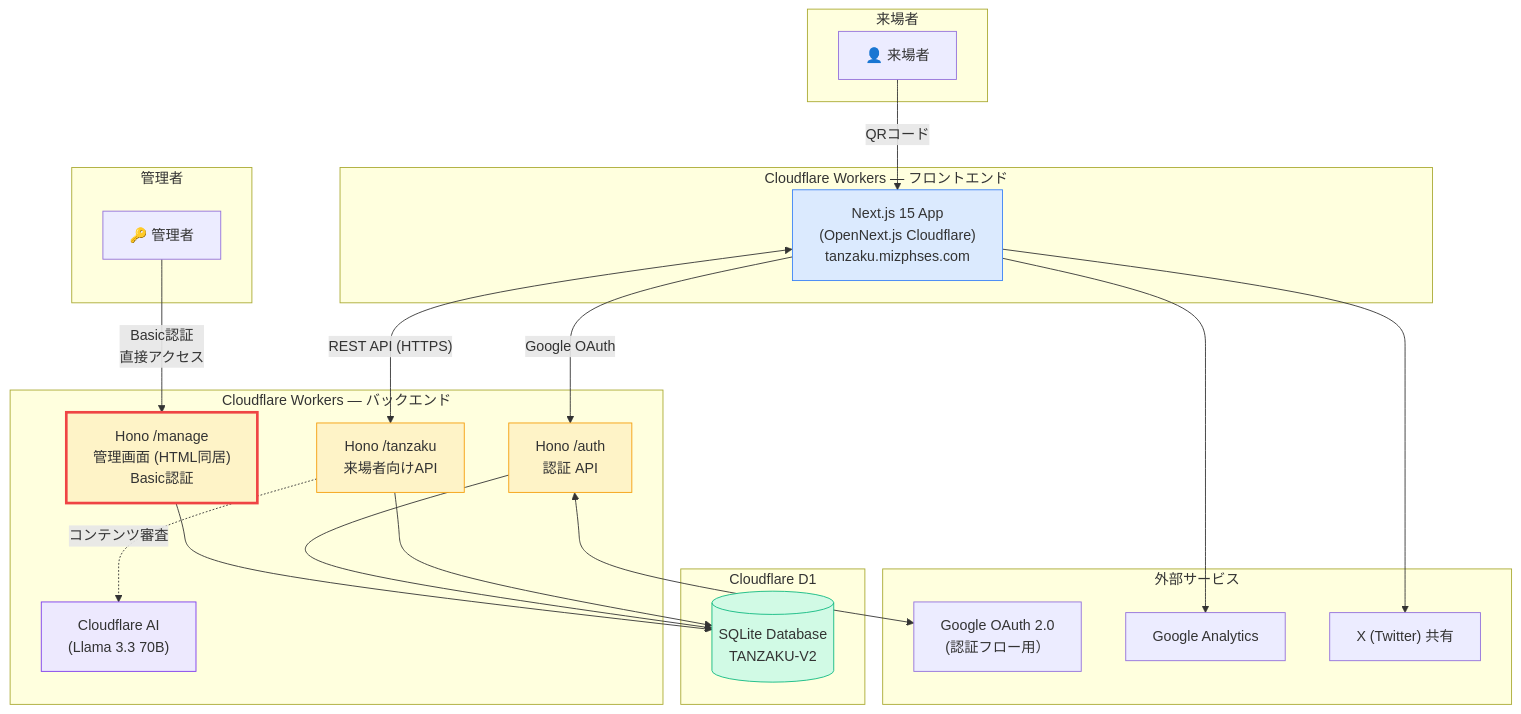
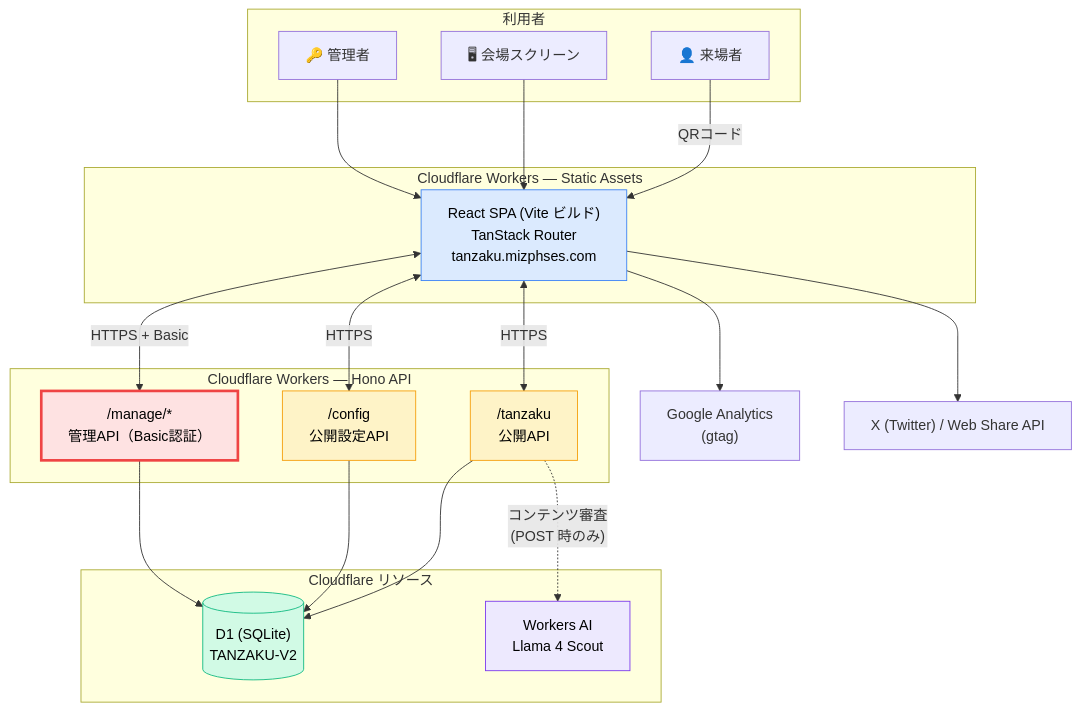
The second of 9 diagrams in docs/system-overview.md (itl-marubu/tanzakuv2), drawn with Mermaid before and after one commit. The commit also changed other lines of this file and 2 other files, not shown here.

````diff
--- a/docs/system-overview.md
+++ b/docs/system-overview.md
@@ -86,51 +118,46 @@
 ```mermaid
 graph TB
-    subgraph Visitor["来場者"]
+    subgraph Users["利用者"]
         U["👤 来場者"]
-    end
-
-    subgraph Admin["管理者"]
+        SCR["🖥 会場スクリーン"]
         ADM["🔑 管理者"]
     end
 
-    subgraph CF_FE["Cloudflare Workers — フロントエンド"]
-        FE["Next.js 15 App\n(OpenNext.js Cloudflare)\ntanzaku.mizphses.com"]
+    subgraph CF_FE["Cloudflare Workers — Static Assets"]
+        FE["React SPA (Vite ビルド)<br/>TanStack Router<br/>tanzaku.mizphses.com"]
     end
 
-    subgraph CF_BE["Cloudflare Workers — バックエンド"]
-        BE_TZ["Hono /tanzaku\n来場者向けAPI"]
-        BE_AUTH["Hono /auth\n認証 API"]
-        BE_MANAGE["Hono /manage\n管理画面 (HTML同居)\nBasic認証"]
-        AI["Cloudflare AI\n(Llama 3.3 70B)"]
+    subgraph CF_BE["Cloudflare Workers — Hono API"]
+        R_TZ["/tanzaku<br/>公開API"]
+        R_CFG["/config<br/>公開設定API"]
+        R_MNG["/manage/*<br/>管理API（Basic認証）"]
     end
 
-    subgraph CF_DB["Cloudflare D1"]
-        DB[("SQLite Database\nTANZAKU-V2")]
+    subgraph CF_RES["Cloudflare リソース"]
+        DB[("D1 (SQLite)<br/>TANZAKU-V2")]
+        AI["Workers AI<br/>Llama 4 Scout"]
     end
 
-    subgraph External["外部サービス"]
-        Google["Google OAuth 2.0\n(認証フロー用）"]
-        GA["Google Analytics"]
-        Twitter["X (Twitter) 共有"]
-    end
+    GA["Google Analytics<br/>(gtag)"]
+    X["X (Twitter) / Web Share API"]
 
     U -->|"QRコード"| FE
-    FE <-->|"REST API (HTTPS)"| BE_TZ
-    FE -->|"Google OAuth"| BE_AUTH
-    BE_AUTH <--> Google
+    SCR --> FE
+    ADM --> FE
 
-    ADM -->|"Basic認証\n直接アクセス"| BE_MANAGE
+    FE <-->|"HTTPS"| R_TZ
+    FE <-->|"HTTPS"| R_CFG
+    FE <-->|"HTTPS + Basic"| R_MNG
 
-    BE_TZ & BE_AUTH & BE_MANAGE --> DB
-    BE_TZ -.->|"コンテンツ審査"| AI
+    R_TZ & R_CFG & R_MNG --> DB
+    R_TZ -.->|"コンテンツ審査<br/>(POST 時のみ)"| AI
     FE --> GA
-    FE --> Twitter
+    FE --> X
 
-    style FE fill:#dbeafe,stroke:#3b82f6
-    style BE_TZ fill:#fef3c7,stroke:#f59e0b
-    style BE_MANAGE fill:#fef3c7,stroke:#f59e0b
-    style BE_AUTH fill:#fef3c7,stroke:#f59e0b
-    style DB fill:#d1fae5,stroke:#10b981
-    style AI fill:#ede9fe,stroke:#7c3aed
-    style BE_MANAGE stroke-width:3px,stroke:#ef4444
+    style FE fill:#dbeafe,stroke:#3b82f6,color:#000
+    style R_TZ fill:#fef3c7,stroke:#f59e0b,color:#000
+    style R_CFG fill:#fef3c7,stroke:#f59e0b,color:#000
+    style R_MNG fill:#fee2e2,stroke:#ef4444,stroke-width:3px,color:#000
+    style DB fill:#d1fae5,stroke:#10b981,color:#000
+    style AI fill:#ede9fe,stroke:#7c3aed,color:#000
 ```
````
